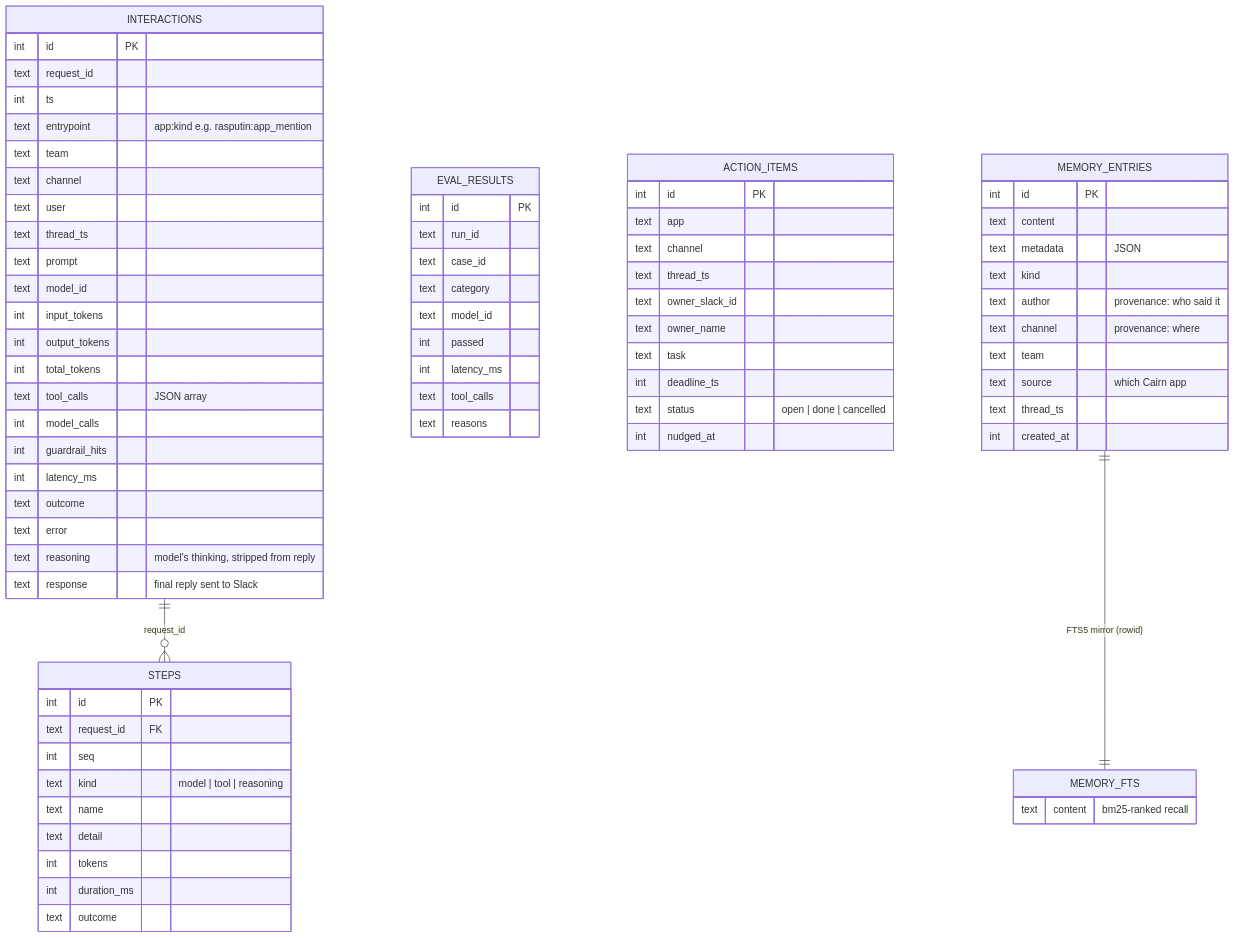
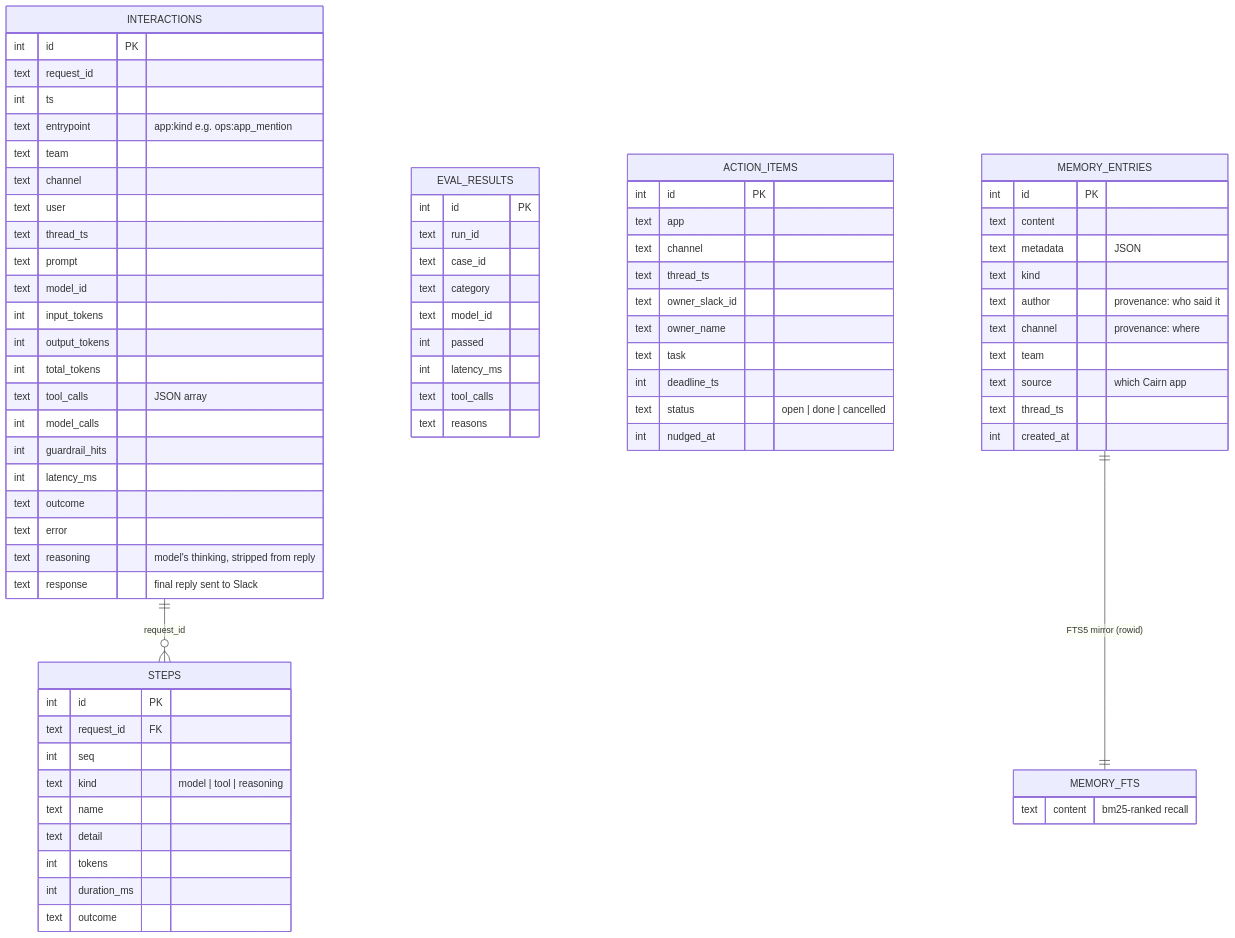
The second of 2 diagrams in README.md (Jyotisaini-2001/cairn), drawn with Mermaid before and after one commit. The commit also changed other lines of this file, not shown here.

````diff
--- a/README.md
+++ b/README.md
@@ -116,77 +116,77 @@
 ```mermaid
 erDiagram
     INTERACTIONS ||--o{ STEPS : "request_id"
     INTERACTIONS {
         int id PK
         text request_id
         int ts
-        text entrypoint "app:kind e.g. rasputin:app_mention"
+        text entrypoint "app:kind e.g. ops:app_mention"
         text team
         text channel
         text user
         text thread_ts
         text prompt
         text model_id
         int input_tokens
         int output_tokens
         int total_tokens
         text tool_calls "JSON array"
         int model_calls
         int guardrail_hits
         int latency_ms
         text outcome
         text error
         text reasoning "model's thinking, stripped from reply"
         text response "final reply sent to Slack"
     }
     STEPS {
         int id PK
         text request_id FK
         int seq
         text kind "model | tool | reasoning"
         text name
         text detail
         int tokens
         int duration_ms
         text outcome
     }
     EVAL_RESULTS {
         int id PK
         text run_id
         text case_id
         text category
         text model_id
         int passed
         int latency_ms
         text tool_calls
         text reasons
     }
     ACTION_ITEMS {
         int id PK
         text app
         text channel
         text thread_ts
         text owner_slack_id
         text owner_name
         text task
         int deadline_ts
         text status "open | done | cancelled"
         int nudged_at
     }
     MEMORY_ENTRIES ||--|| MEMORY_FTS : "FTS5 mirror (rowid)"
     MEMORY_ENTRIES {
         int id PK
         text content
         text metadata "JSON"
         text kind
         text author "provenance: who said it"
         text channel "provenance: where"
         text team
         text source "which Cairn app"
         text thread_ts
         int created_at
     }
     MEMORY_FTS {
         text content "bm25-ranked recall"
     }
 ```
````
